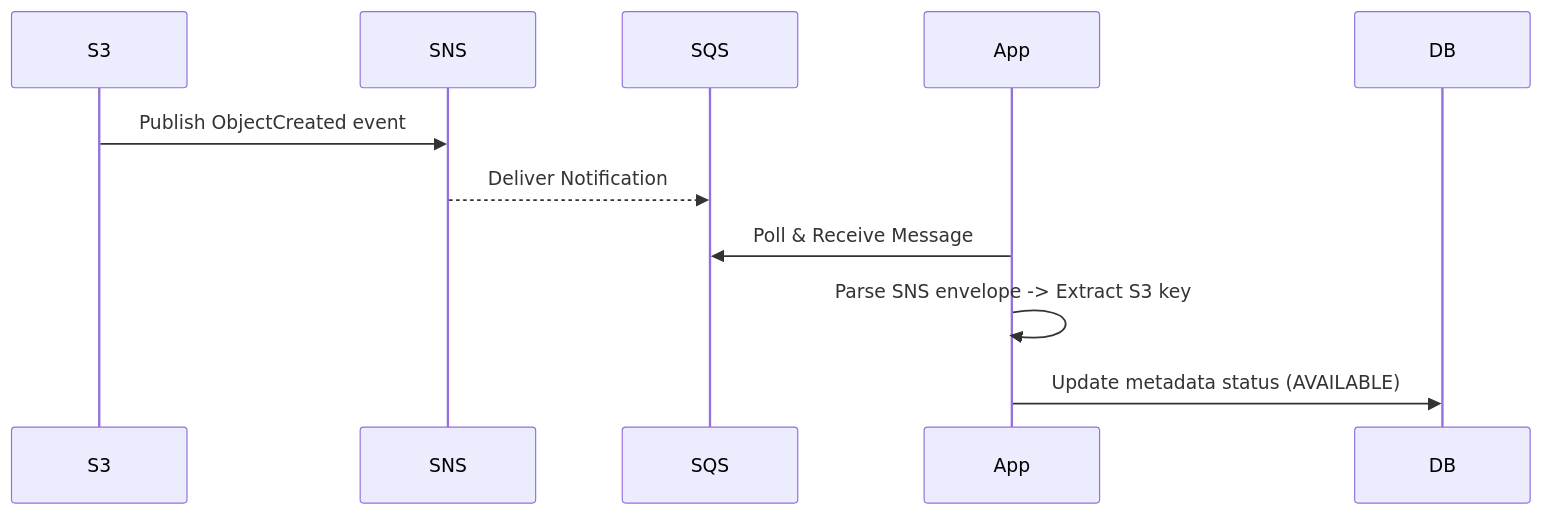
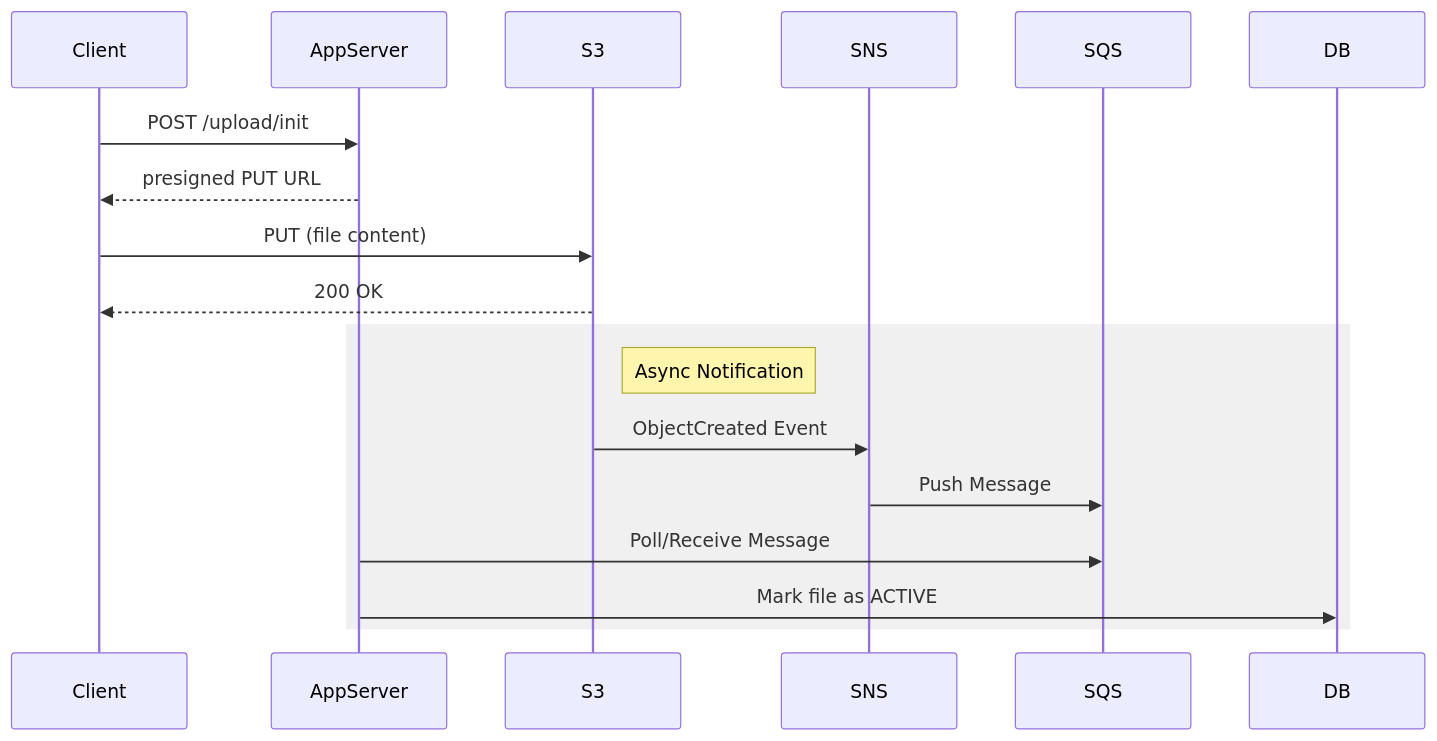
Before and after one commit to ShalomDeitch1/examples: the fourth of 10 diagrams in dropbox/README.md, drawn with Mermaid. The commit also changed other lines of this file, not shown here.

````diff
--- a/dropbox/README.md
+++ b/dropbox/README.md
@@ -183,13 +73,22 @@
 ```mermaid
 sequenceDiagram
-        participant S3
-        participant SNS
-        participant SQS
-        participant App
+  participant Client
+  participant AppServer
+  participant S3
+  participant SNS
+  participant SQS
+  participant DB
 
-        S3->>SNS: Publish ObjectCreated event
-        SNS-->>SQS: Deliver Notification
-        App->>SQS: Poll & Receive Message
-        App->>App: Parse SNS envelope -> Extract S3 key
-        App->>DB: Update metadata status (AVAILABLE)
+  Client->>AppServer: POST /upload/init
+  AppServer-->>Client: presigned PUT URL
+  Client->>S3: PUT (file content)
+  S3-->>Client: 200 OK
+  
+  rect rgb(240, 240, 240)
+  note right of S3: Async Notification
+  S3->>SNS: ObjectCreated Event
+  SNS->>SQS: Push Message
+  AppServer->>SQS: Poll/Receive Message
+  AppServer->>DB: Mark file as ACTIVE
+  end
 ```
````
